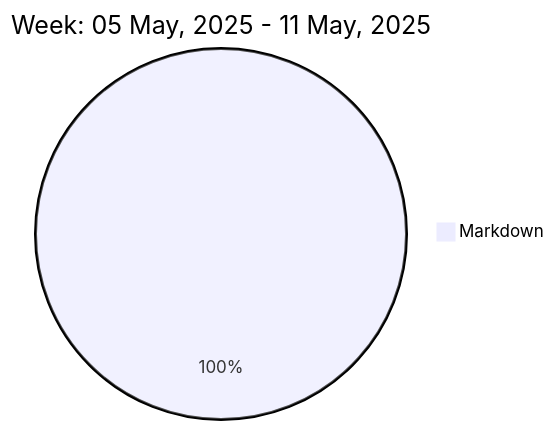
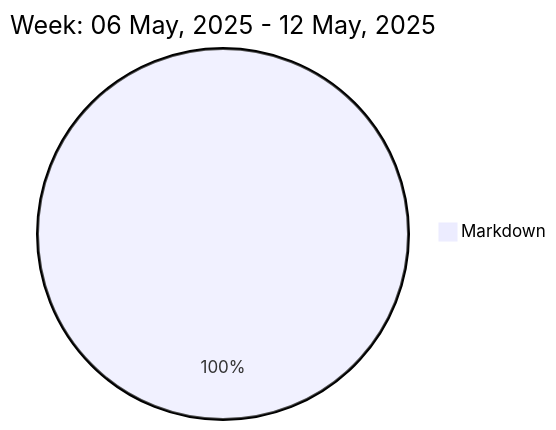
One commit to liubin95/liubin95 changed the diagram in README.md. Above: the diagram before and after it, drawn with Mermaid.

Commit message:
Updated the Graph with new Metrics

````diff
--- a/README.md
+++ b/README.md
@@ -37,5 +37,5 @@
 ```mermaid
  pie
-title Week: 05 May, 2025 - 11 May, 2025
+title Week: 06 May, 2025 - 12 May, 2025
  "Markdown" : 3.72
 ```
````
